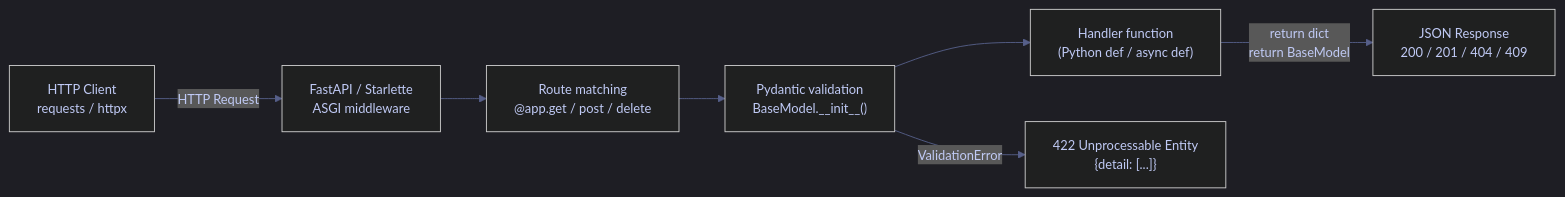
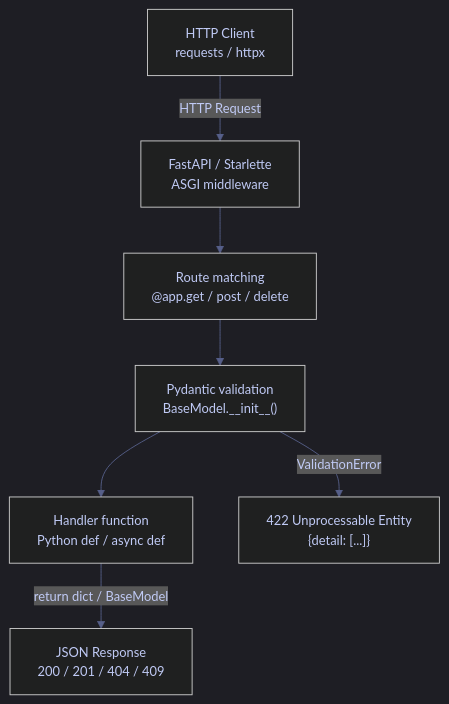
The diagram in content/02-Programming-Languages/Python/15_py_webapis.md (alp78/elysium), drawn with Mermaid before and after one commit. The commit also changed other lines of this file and 92 other files, not shown here.

````diff
--- a/content/02-Programming-Languages/Python/15_py_webapis.md
+++ b/content/02-Programming-Languages/Python/15_py_webapis.md
@@ -381,21 +381,21 @@
 ```mermaid
 %%{init: {'theme': 'dark', 'themeVariables': {
   'primaryColor': '#292e42',
   'primaryTextColor': '#c0caf5',
   'primaryBorderColor': '#565f89',
   'lineColor': '#565f89',
   'secondaryColor': '#1a1b26',
   'tertiaryColor': '#24283b',
   'noteTextColor': '#c0caf5',
   'noteBkgColor': '#292e42',
   'textColor': '#c0caf5',
   'fontSize': '14px'
 }}}%%
-flowchart LR
-    C["HTTP Client\nrequests / httpx"] -->|"HTTP Request"| MW["FastAPI / Starlette\nASGI middleware"]
-    MW --> R["Route matching\n@app.get / post / delete"]
-    R --> V["Pydantic validation\nBaseModel.__init__()"]
-    V --> H["Handler function\n(Python def / async def)"]
-    H -->|"return dict\nreturn BaseModel"| S["JSON Response\n200 / 201 / 404 / 409"]
-    V -->|"ValidationError"| E["422 Unprocessable Entity\n{detail: [...]}"]
+flowchart TD
+    C["HTTP Client<br/>requests / httpx"] -->|"HTTP Request"| MW["FastAPI / Starlette<br/>ASGI middleware"]
+    MW --> R["Route matching<br/>@app.get / post / delete"]
+    R --> V["Pydantic validation<br/>BaseModel.__init__()"]
+    V --> H["Handler function<br/>Python def / async def"]
+    H -->|"return dict / BaseModel"| S["JSON Response<br/>200 / 201 / 404 / 409"]
+    V -->|"ValidationError"| E["422 Unprocessable Entity<br/>{detail: [...]}"]
 ```
````
